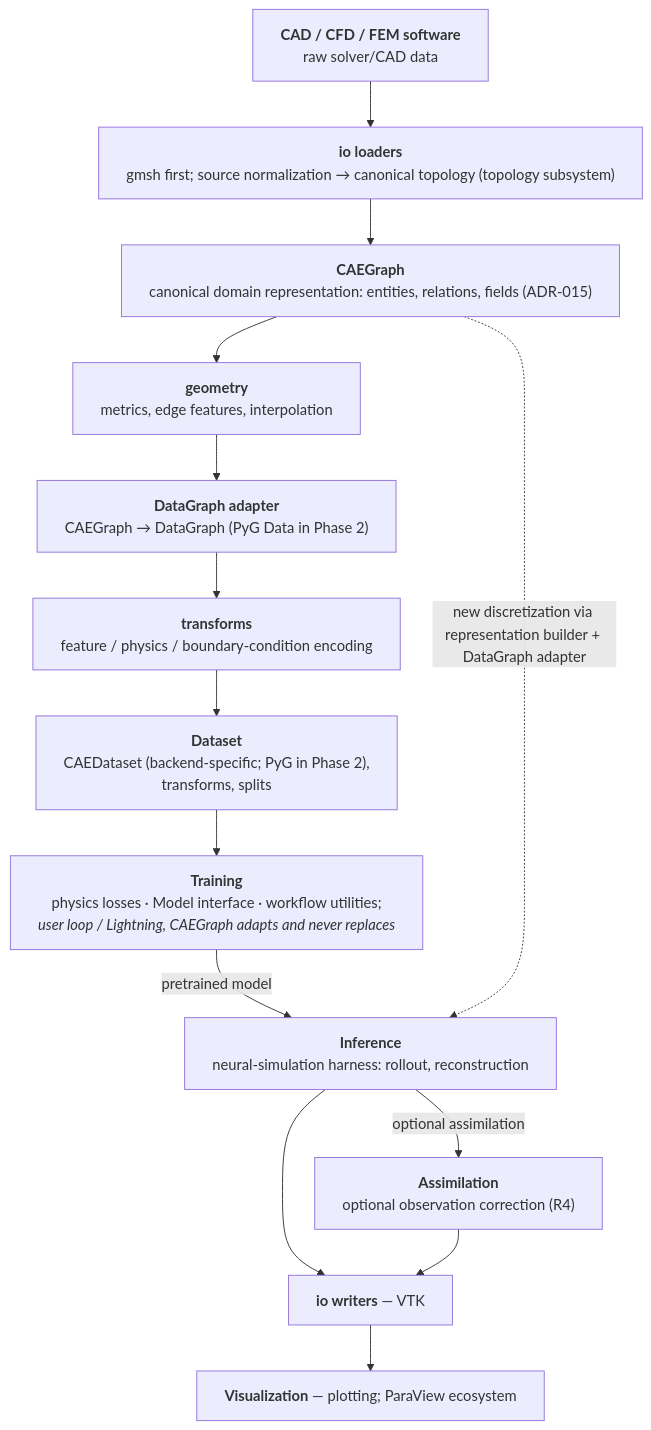
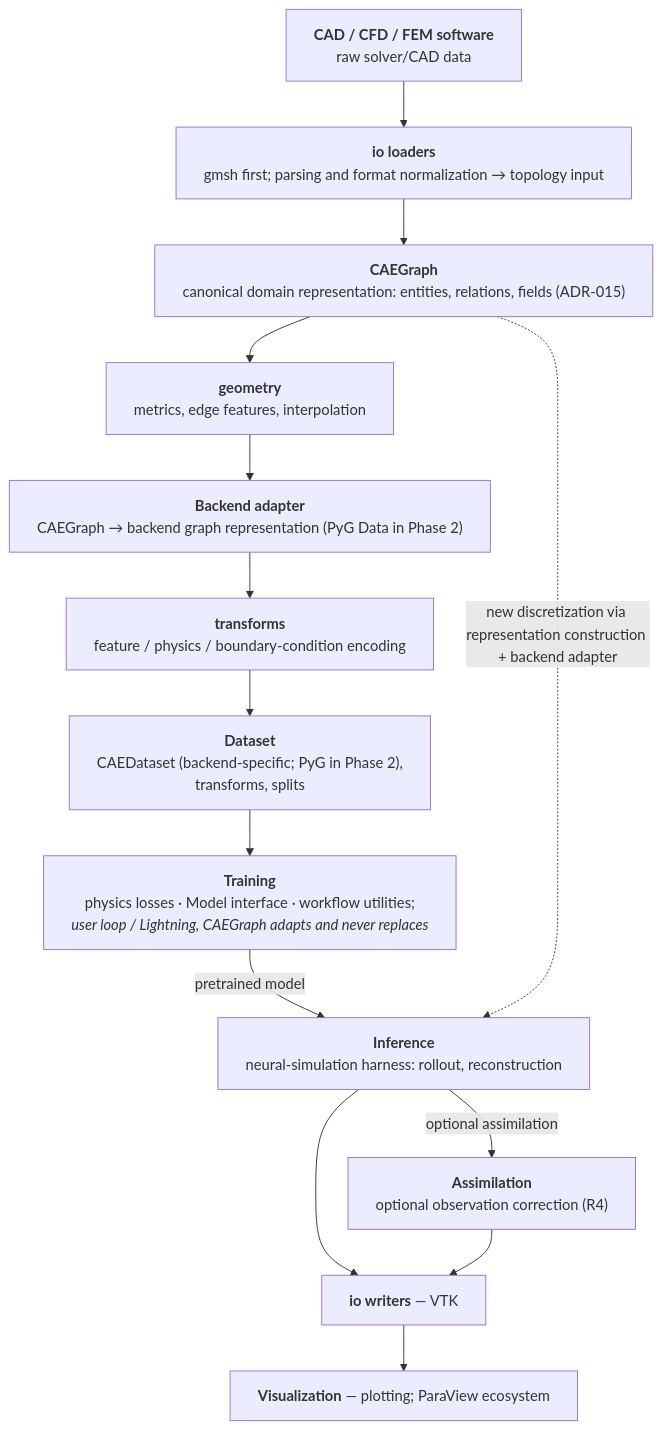
Before and after one commit to XYChouMian/caegraph: the second of 5 diagrams in architecture/ARCHITECTURE.md, drawn with Mermaid. The commit also changed other lines of this file and 14 other files, not shown here.

Commit message:
docs(architecture): resolve representation terminology ambiguities

````diff
--- a/architecture/ARCHITECTURE.md
+++ b/architecture/ARCHITECTURE.md
@@ -82,25 +82,25 @@
 ```mermaid
 flowchart TD
     classDef nowrap white-space:nowrap
 
     A["<b>CAD / CFD / FEM software</b><br>raw solver/CAD data"]
-    B["<b>io loaders</b><br>gmsh first; source normalization → canonical topology (topology subsystem)"]
+    B["<b>io loaders</b><br>gmsh first; parsing and format normalization → topology input"]
     C["<b>CAEGraph</b><br>canonical domain representation: entities, relations, fields (ADR-015)"]
     D["<b>geometry</b><br>metrics, edge features, interpolation"]
-    E["<b>DataGraph adapter</b><br>CAEGraph → DataGraph (PyG Data in Phase 2)"]
+    E["<b>Backend adapter</b><br>CAEGraph → backend graph representation (PyG Data in Phase 2)"]
     F["<b>transforms</b><br>feature / physics / boundary-condition encoding"]
     G["<b>Dataset</b><br>CAEDataset (backend-specific; PyG in Phase 2),<br>transforms, splits"]
     H["<b>Training</b><br>physics losses · Model interface · workflow utilities;<br><i>user loop / Lightning, CAEGraph adapts and never replaces</i>"]
     I["<b>Inference</b><br>neural-simulation harness: rollout, reconstruction"]
     J["<b>Assimilation</b><br>optional observation correction (R4)"]
     K["<b>io writers</b> — VTK"]
     L["<b>Visualization</b> — plotting; ParaView ecosystem"]
 
     A --> B --> C --> D --> E --> F --> G --> H
     H -->|"pretrained model"| I
-    C -.->|"new discretization via representation builder + DataGraph adapter"| I
+    C -.->|"new discretization via representation construction + backend adapter"| I
     I --> K --> L
     I -->|"optional assimilation"| J --> K
 
     class A,B,C,D,E,F,G,H,I,J,K,L nowrap
 ```
````
